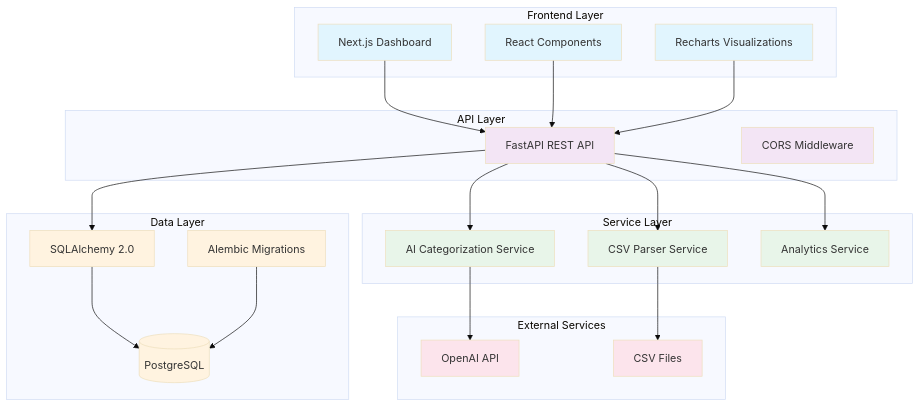
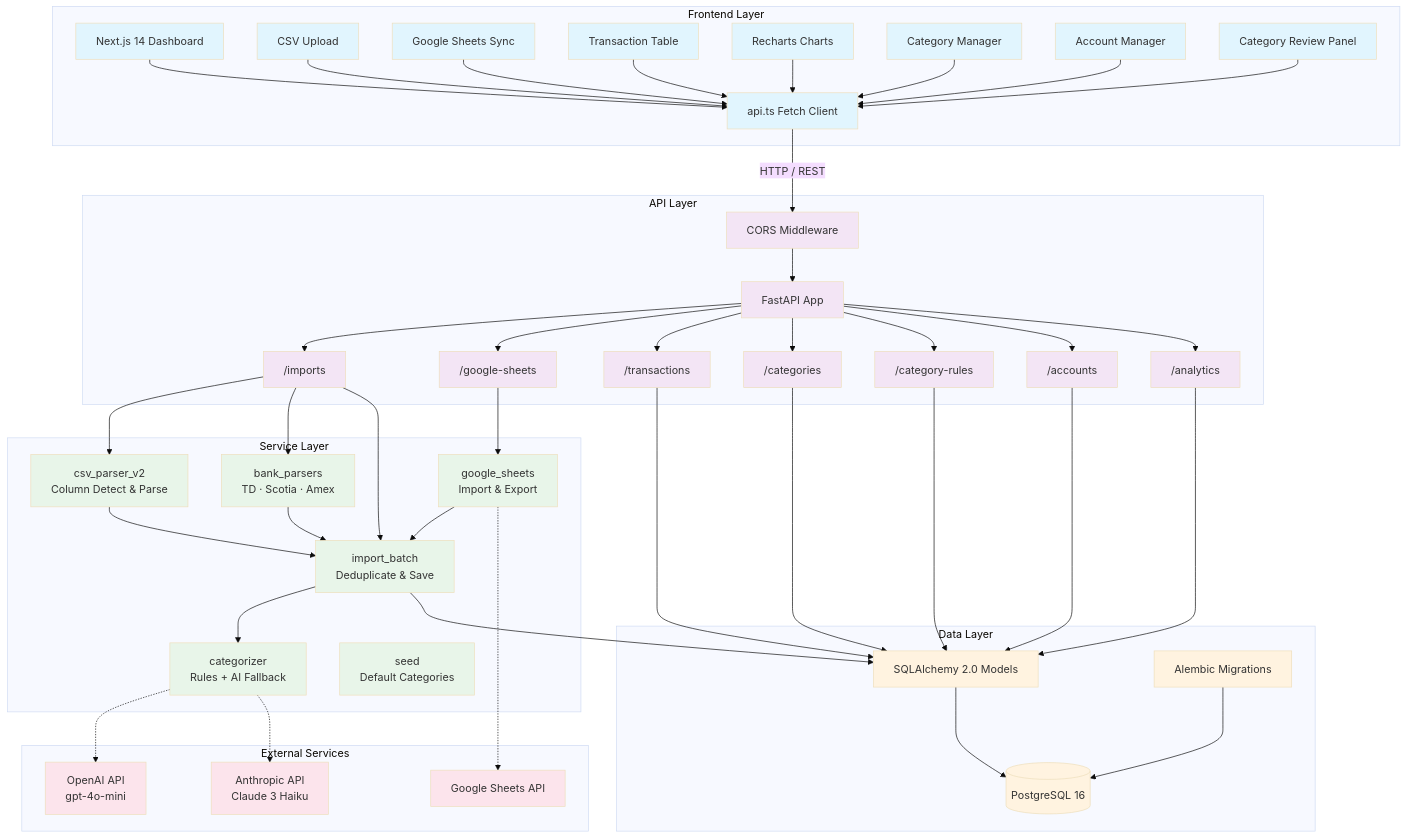
The first of 7 diagrams in docs/architecture.md (annovi/spending-tracker), drawn with Mermaid (base theme) before and after one commit. The commit also changed other lines of this file and 72 other files, not shown here.

First line of the commit message:
Google Sheets import/export, Docker migrations, category review cache

````diff
--- a/docs/architecture.md
+++ b/docs/architecture.md
@@ -9,57 +9,102 @@
 ```mermaid
 graph TB
     subgraph "Frontend Layer"
-        UI[Next.js Dashboard]
-        Comp[React Components]
-        Charts[Recharts Visualizations]
+        UI[Next.js 14 Dashboard]
+        CSVUp[CSV Upload]
+        GSheets[Google Sheets Sync]
+        Trans[Transaction Table]
+        Charts[Recharts Charts]
+        CatMgr[Category Manager]
+        AccMgr[Account Manager]
+        Review[Category Review Panel]
+        ApiClient[api.ts Fetch Client]
     end
-    
+
     subgraph "API Layer"
-        API[FastAPI REST API]
         CORS[CORS Middleware]
+        API[FastAPI App]
+        ImportR["/imports"]
+        GSheetsR["/google-sheets"]
+        TransR["/transactions"]
+        CatR["/categories"]
+        RulesR["/category-rules"]
+        AccR["/accounts"]
+        AnalR["/analytics"]
     end
-    
+
     subgraph "Service Layer"
-        CSV[CSV Parser Service]
-        AI[AI Categorization Service]
-        Analytics[Analytics Service]
+        CSVParser[csv_parser_v2<br/>Column Detect & Parse]
+        BankParser[bank_parsers<br/>TD · Scotia · Amex]
+        ImportBatch[import_batch<br/>Deduplicate & Save]
+        Categorizer[categorizer<br/>Rules + AI Fallback]
+        Seed[seed<br/>Default Categories]
+        GSheetsService[google_sheets<br/>Import & Export]
     end
-    
+
     subgraph "Data Layer"
-        ORM[SQLAlchemy 2.0]
-        DB[(PostgreSQL)]
-        Migrations[Alembic Migrations]
+        ORM[SQLAlchemy 2.0 Models]
+        DB[(PostgreSQL 16)]
+        Alembic[Alembic Migrations]
     end
-    
+
     subgraph "External Services"
-        OpenAI[OpenAI API]
-        Files[CSV Files]
+        OpenAI[OpenAI API<br/>gpt-4o-mini]
+        Claude[Anthropic API<br/>Claude 3 Haiku]
+        GApi[Google Sheets API]
     end
-    
-    UI --> API
-    Comp --> API
-    Charts --> API
-    
-    API --> CSV
-    API --> AI
-    API --> Analytics
-    
-    CSV --> Files
-    AI --> OpenAI
-    
-    API --> ORM
+
+    UI --> ApiClient
+    CSVUp --> ApiClient
+    GSheets --> ApiClient
+    Trans --> ApiClient
+    Charts --> ApiClient
+    CatMgr --> ApiClient
+    AccMgr --> ApiClient
+    Review --> ApiClient
+
+    ApiClient -- "HTTP / REST" --> CORS --> API
+
+    API --> ImportR
+    API --> GSheetsR
+    API --> TransR
+    API --> CatR
+    API --> RulesR
+    API --> AccR
+    API --> AnalR
+
+    ImportR --> CSVParser
+    ImportR --> BankParser
+    ImportR --> ImportBatch
+    GSheetsR --> GSheetsService
+    GSheetsService --> ImportBatch
+
+    CSVParser --> ImportBatch
+    BankParser --> ImportBatch
+    ImportBatch --> Categorizer
+    ImportBatch --> ORM
+
+    TransR --> ORM
+    CatR --> ORM
+    RulesR --> ORM
+    AccR --> ORM
+    AnalR --> ORM
+
+    Categorizer -.-> OpenAI
+    Categorizer -.-> Claude
+    GSheetsService -.-> GApi
+
     ORM --> DB
-    Migrations --> DB
-    
+    Alembic --> DB
+
     classDef frontend fill:#e1f5fe
     classDef api fill:#f3e5f5
     classDef service fill:#e8f5e9
     classDef data fill:#fff3e0
     classDef external fill:#fce4ec
-    
-    class UI,Comp,Charts frontend
-    class API,CORS api
-    class CSV,AI,Analytics service
-    class ORM,DB,Migrations data
-    class OpenAI,Files external
+
+    class UI,CSVUp,GSheets,Trans,Charts,CatMgr,AccMgr,Review,ApiClient frontend
+    class CORS,API,ImportR,GSheetsR,TransR,CatR,RulesR,AccR,AnalR api
+    class CSVParser,BankParser,ImportBatch,Categorizer,Seed,GSheetsService service
+    class ORM,DB,Alembic data
+    class OpenAI,Claude,GApi external
 ```
````
